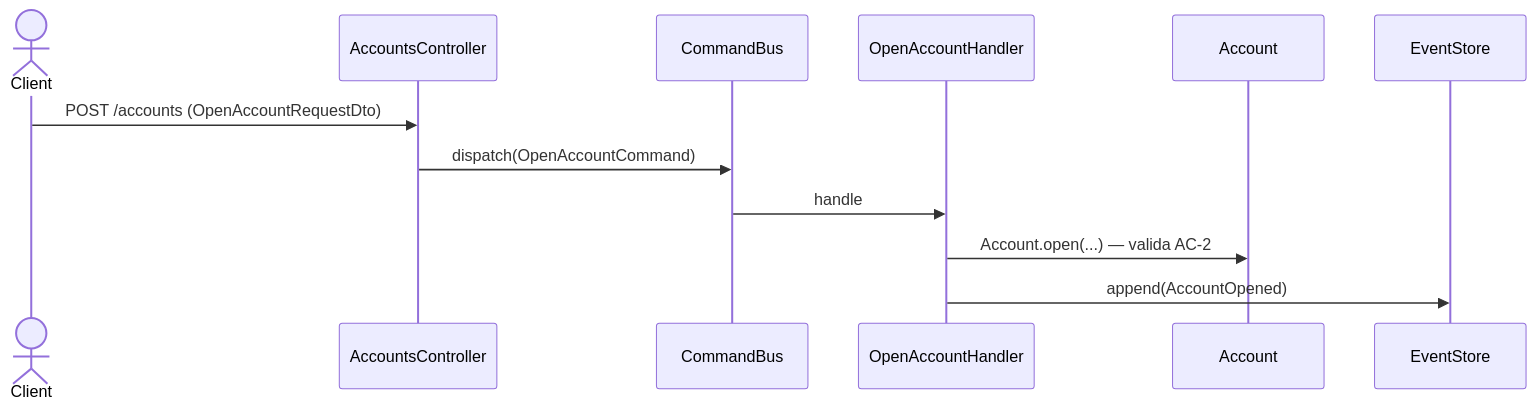
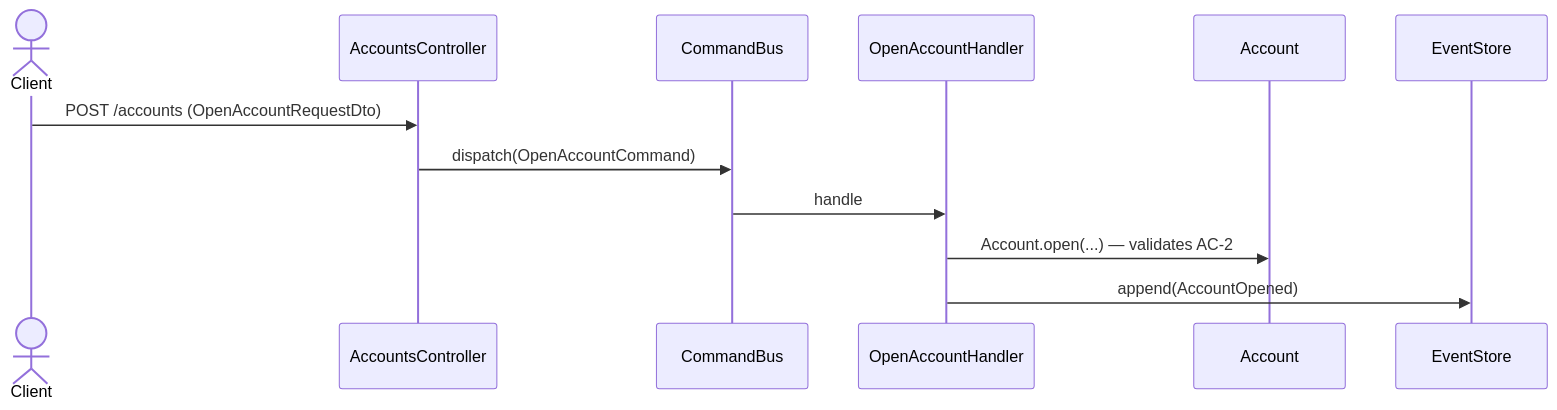
The diagram in skills/design/SKILL.md (cristsr/agents), drawn with Mermaid before and after one commit. The commit also changed other lines of this file and 63 other files, not shown here.

````diff
--- a/skills/design/SKILL.md
+++ b/skills/design/SKILL.md
@@ -320,15 +322,15 @@
    ```mermaid
    sequenceDiagram
      actor Client
      participant C as AccountsController
      participant CB as CommandBus
      participant H as OpenAccountHandler
      participant A as Account
      participant ES as EventStore
 
      Client->>C: POST /accounts (OpenAccountRequestDto)
      C->>CB: dispatch(OpenAccountCommand)
      CB->>H: handle
-     H->>A: Account.open(...) — valida AC-2
+     H->>A: Account.open(...) — validates AC-2
      H->>ES: append(AccountOpened)
    ```
````
